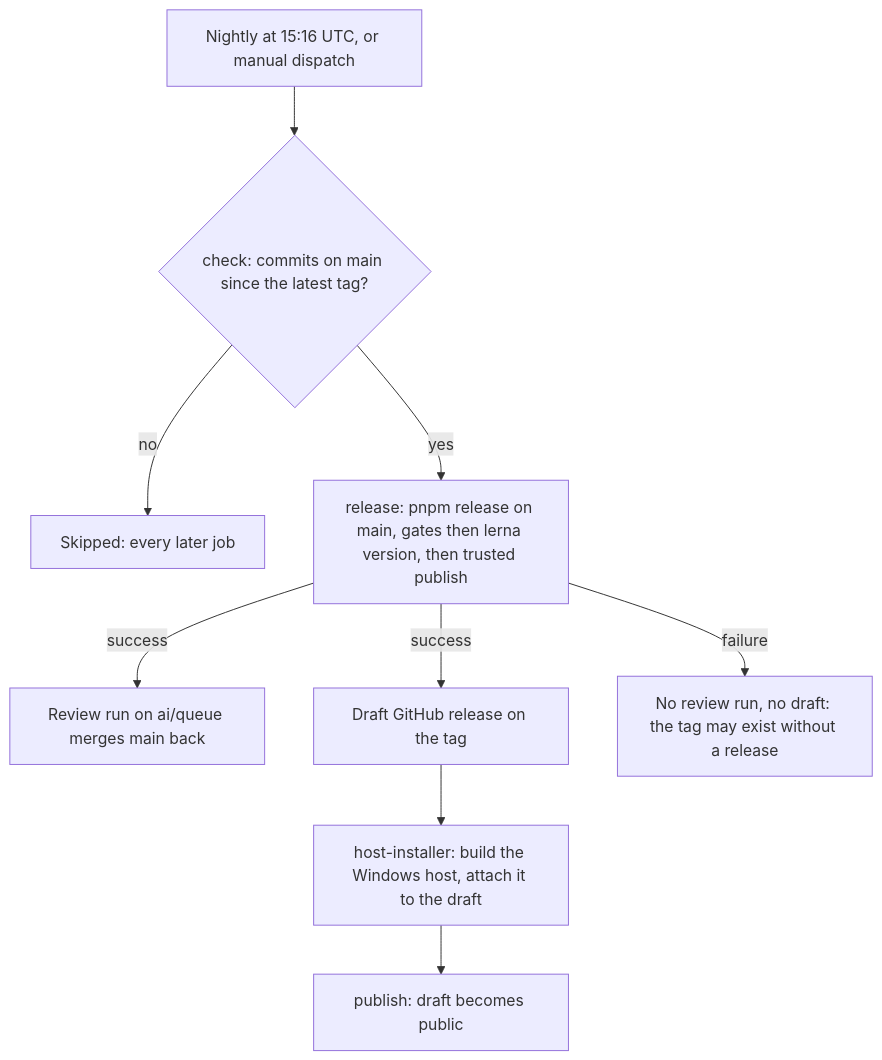
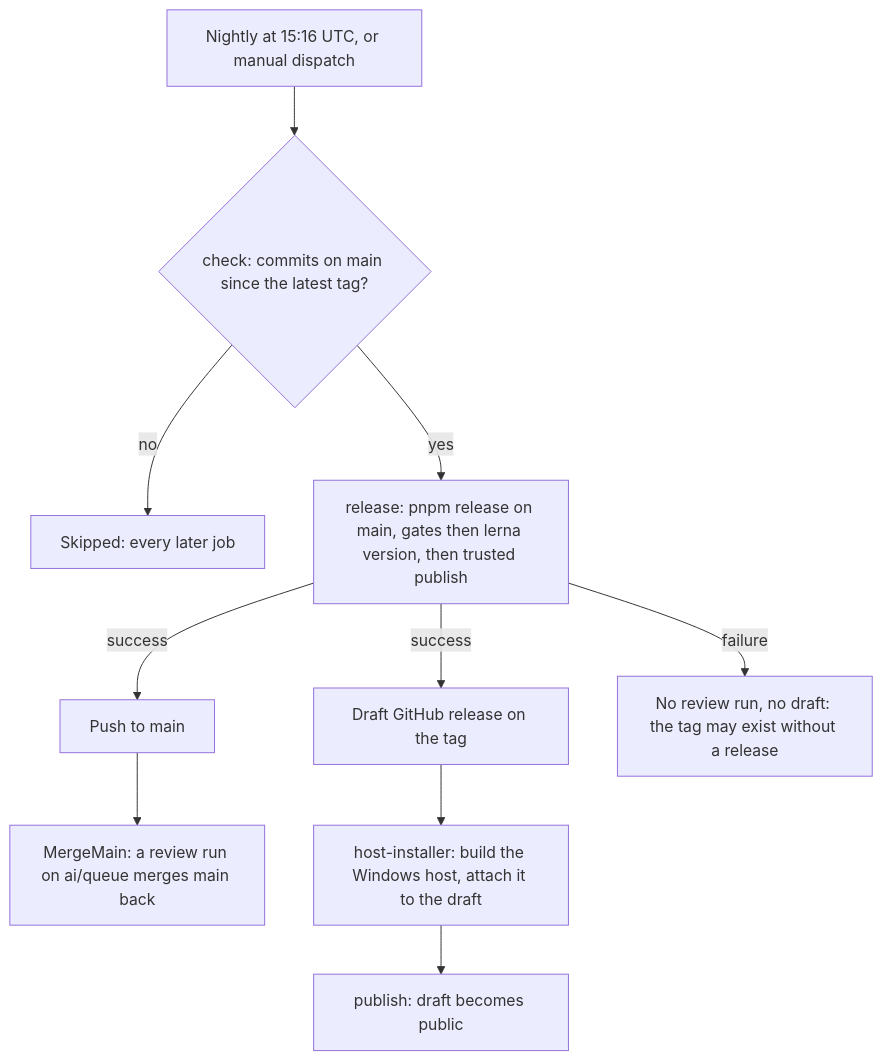
One commit to Esposter/Esposter changed the diagram in apps/web/content/docs/architecture/release-flow.md. Above: the diagram before and after it, drawn with Mermaid. The commit also changed other lines of this file and 6 other files, not shown here.

First line of the commit message:
ci: a push to main starts the review run that merges it back, so no release step dispatches it

````diff
--- a/apps/web/content/docs/architecture/release-flow.md
+++ b/apps/web/content/docs/architecture/release-flow.md
@@ -12,11 +12,12 @@
 ```mermaid
 flowchart TD
   Trigger[Nightly at 15:16 UTC, or manual dispatch] --> Check{check: commits on main since the latest tag?}
   Check -- no --> Skip[Skipped: every later job]
   Check -- yes --> Release[release: pnpm release on main, gates then lerna version, then trusted publish]
-  Release -- success --> Review[Review run on ai/queue merges main back]
+  Release -- success --> Main[Push to main]
+  Main --> Merge[MergeMain: a review run on ai/queue merges main back]
   Release -- success --> Draft[Draft GitHub release on the tag]
   Release -- failure --> Held[No review run, no draft: the tag may exist without a release]
   Draft --> Host[host-installer: build the Windows host, attach it to the draft]
   Host --> Publish[publish: draft becomes public]
 ```
````
